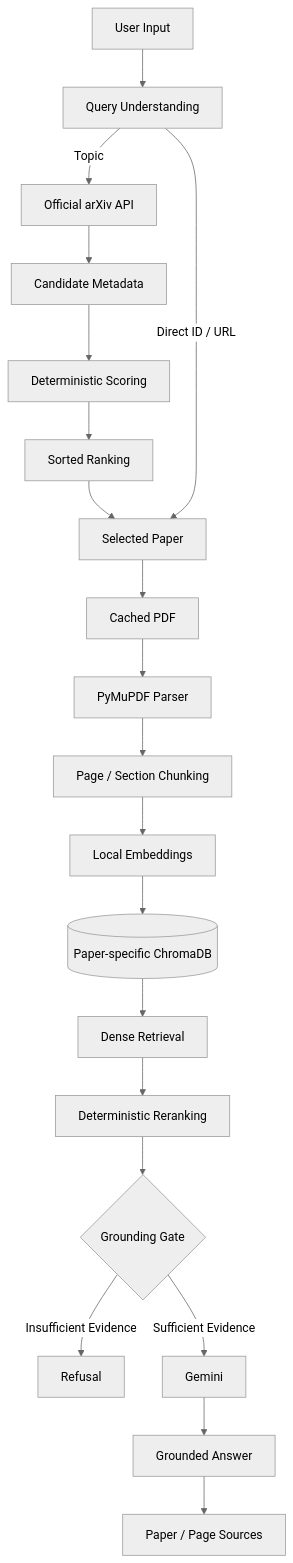
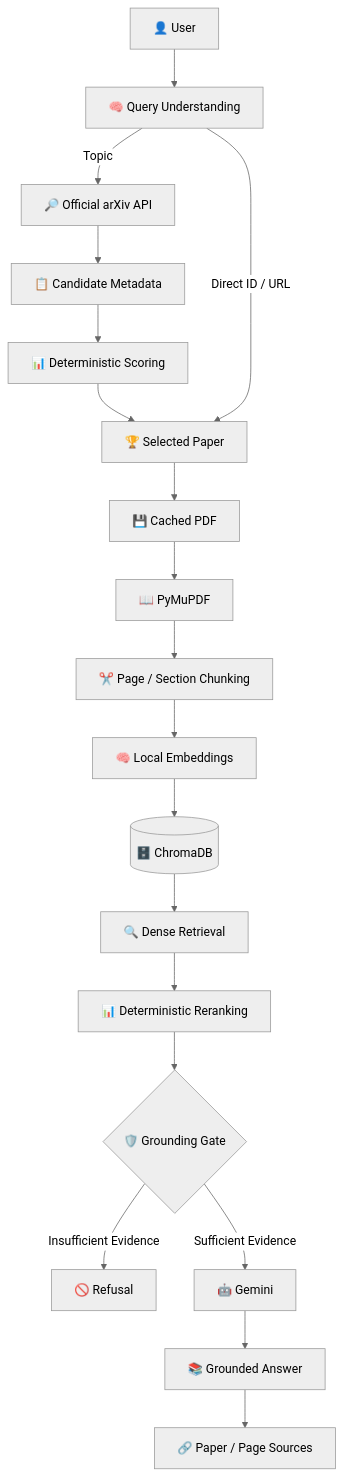
Before and after one commit to amruthssss/Autonomous_arXiv_Assessment-: the first of 3 diagrams in README.md, drawn with Mermaid (neutral theme). The commit also changed other lines of this file, not shown here.

````diff
--- a/README.md
+++ b/README.md
@@ -74,29 +153,28 @@
 ```mermaid
 flowchart TD
 
-    A[User Input] --> B[Query Understanding]
+    A["👤 User"] --> B["🧠 Query Understanding"]
 
-    B -->|Topic| C[Official arXiv API]
-    C --> D[Candidate Metadata]
-    D --> E[Deterministic Scoring]
-    E --> F[Sorted Ranking]
-    F --> G[Selected Paper]
+    B -->|Topic| C["🔎 Official arXiv API"]
+    C --> D["📋 Candidate Metadata"]
+    D --> E["📊 Deterministic Scoring"]
+    E --> F["🏆 Selected Paper"]
 
-    B -->|Direct ID / URL| G
+    B -->|Direct ID / URL| F
 
-    G --> H[Cached PDF]
-    H --> I[PyMuPDF Parser]
-    I --> J[Page / Section Chunking]
-    J --> K[Local Embeddings]
-    K --> L[(Paper-specific ChromaDB)]
+    F --> G["💾 Cached PDF"]
+    G --> H["📖 PyMuPDF"]
+    H --> I["✂️ Page / Section Chunking"]
+    I --> J["🧠 Local Embeddings"]
+    J --> K[("🗄️ ChromaDB")]
 
-    L --> M[Dense Retrieval]
-    M --> N[Deterministic Reranking]
-    N --> O{Grounding Gate}
+    K --> L["🔍 Dense Retrieval"]
+    L --> M["📊 Deterministic Reranking"]
+    M --> N{"🛡️ Grounding Gate"}
 
-    O -->|Insufficient Evidence| P[Refusal]
-    O -->|Sufficient Evidence| Q[Gemini]
+    N -->|Insufficient Evidence| O["🚫 Refusal"]
+    N -->|Sufficient Evidence| P["🤖 Gemini"]
 
-    Q --> R[Grounded Answer]
-    R --> S[Paper / Page Sources]
+    P --> Q["📚 Grounded Answer"]
+    Q --> R["🔗 Paper / Page Sources"]
 ```
````
